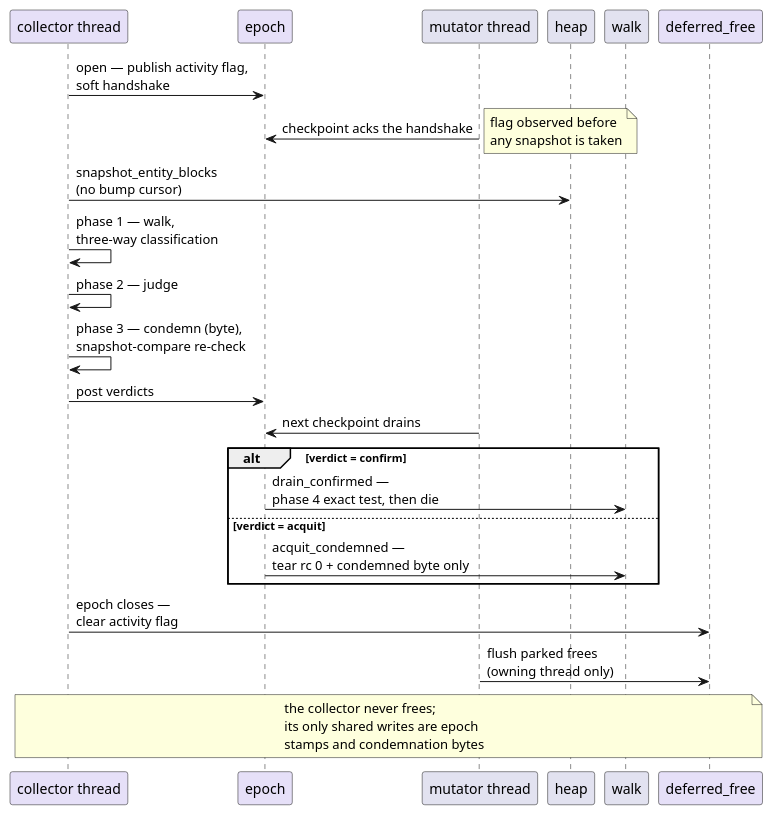
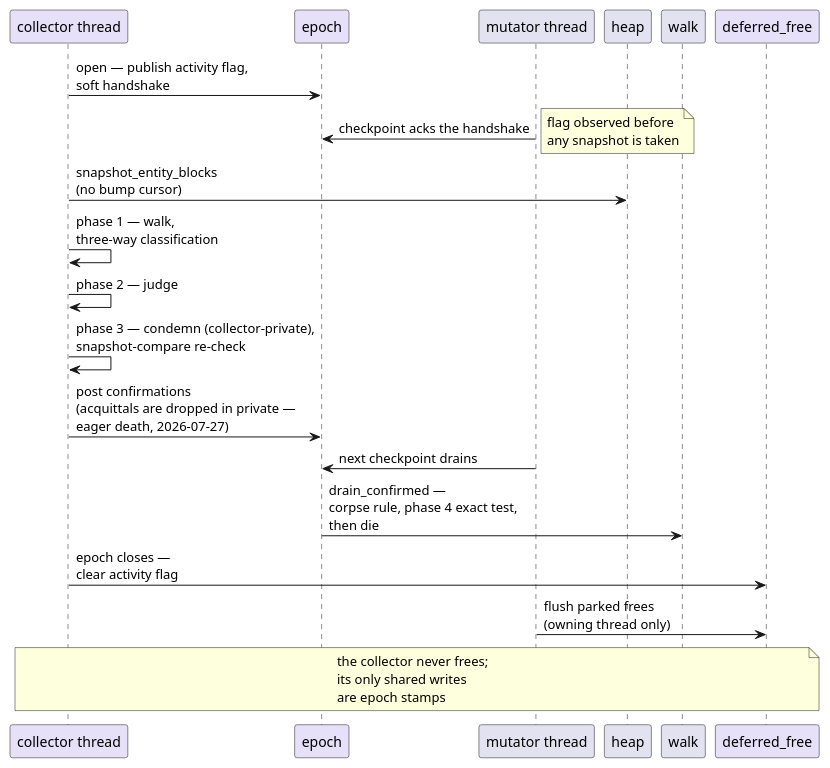
One commit to limelight-lang/model changed the seventh of 7 diagrams in docs/architecture.md. Above: the diagram before and after it, drawn with PlantUML. The commit also changed other lines of this file and 11 other files, not shown here.

````diff
--- a/docs/architecture.md
+++ b/docs/architecture.md
@@ -349,29 +349,25 @@
 ```plantuml
 @startuml
 skinparam shadowing false
 participant "collector thread" as collector #E6E0F8
 participant epoch #E6E0F8
 participant "mutator thread" as mutator
 participant heap
 participant walk
 participant deferred_free as deferred #E6E0F8
 
 collector -> epoch : open — publish activity flag,\nsoft handshake
 mutator -> epoch : checkpoint acks the handshake
 note right : flag observed before\nany snapshot is taken
 collector -> heap : snapshot_entity_blocks\n(no bump cursor)
 collector -> collector : phase 1 — walk,\nthree-way classification
 collector -> collector : phase 2 — judge
-collector -> collector : phase 3 — condemn (byte),\nsnapshot-compare re-check
-collector -> epoch : post verdicts
+collector -> collector : phase 3 — condemn (collector-private),\nsnapshot-compare re-check
+collector -> epoch : post confirmations\n(acquittals are dropped in private —\neager death, 2026-07-27)
 mutator -> epoch : next checkpoint drains
-alt verdict = confirm
-  epoch -> walk : drain_confirmed —\nphase 4 exact test, then die
-else verdict = acquit
-  epoch -> walk : acquit_condemned —\ntear rc 0 + condemned byte only
-end
+epoch -> walk : drain_confirmed —\ncorpse rule, phase 4 exact test,\nthen die
 collector -> deferred : epoch closes —\nclear activity flag
 mutator -> deferred : flush parked frees\n(owning thread only)
-note over collector, deferred : the collector never frees;\nits only shared writes are epoch\nstamps and condemnation bytes
+note over collector, deferred : the collector never frees;\nits only shared writes\nare epoch stamps
 @enduml
 ```
````
